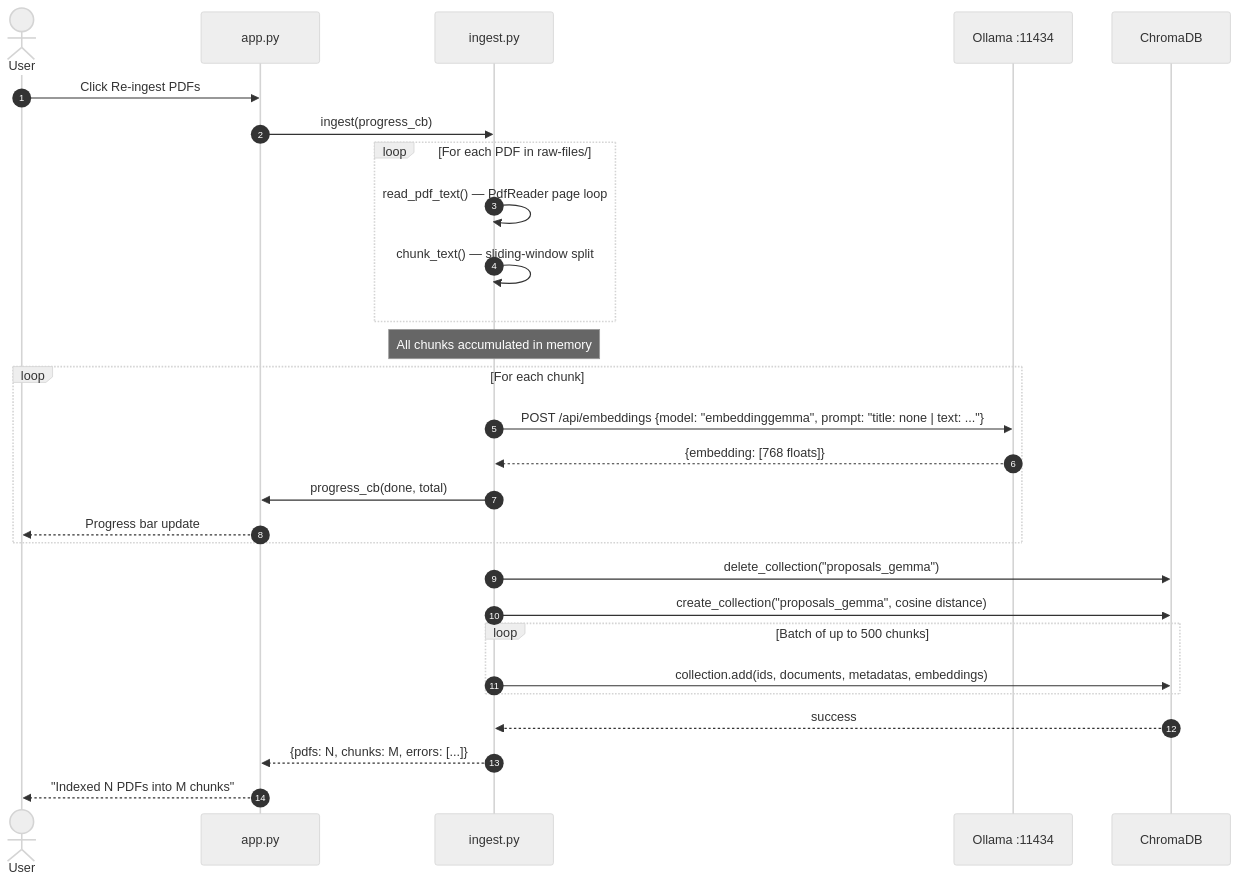
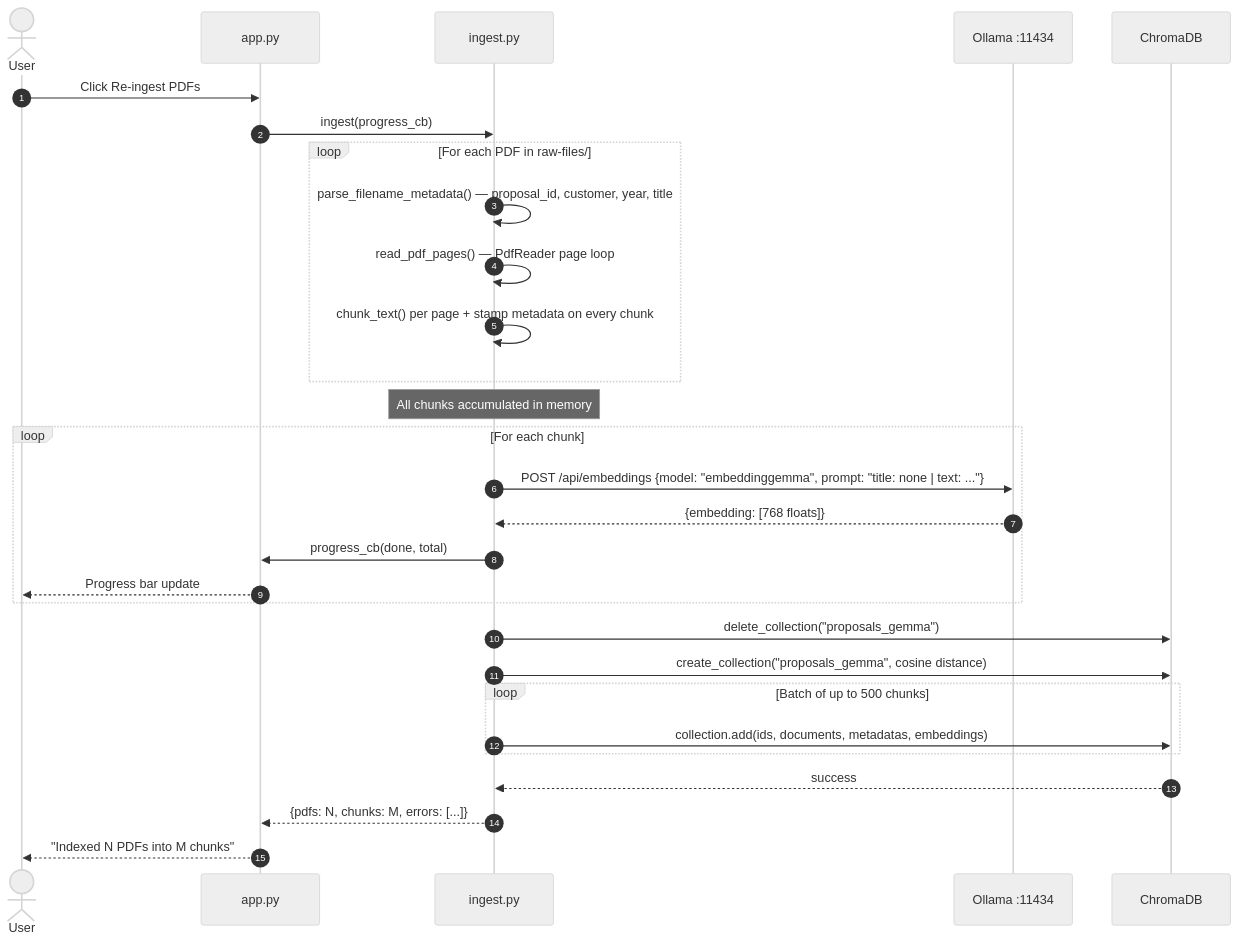
One commit to AWDubs/Local-RAG changed the third of 3 diagrams in docs/implementation/ingestion.md. Above: the diagram before and after it, drawn with Mermaid (neutral theme). The commit also changed other lines of this file and 19 other files, not shown here.

````diff
--- a/docs/implementation/ingestion.md
+++ b/docs/implementation/ingestion.md
@@ -97,40 +120,41 @@
 ```mermaid
 sequenceDiagram
     accTitle: Ingestion pipeline call sequence
     accDescr: Shows progress callbacks to the UI, one Ollama embedding call per chunk, and the final ChromaDB batch write.
     autonumber
 
     actor U as User
     participant UI as app.py
     participant I as ingest.py
     participant O as Ollama :11434
     participant C as ChromaDB
 
     U->>UI: Click Re-ingest PDFs
     UI->>I: ingest(progress_cb)
 
     loop For each PDF in raw-files/
-        I->>I: read_pdf_text() — PdfReader page loop
-        I->>I: chunk_text() — sliding-window split
+        I->>I: parse_filename_metadata() — proposal_id, customer, year, title
+        I->>I: read_pdf_pages() — PdfReader page loop
+        I->>I: chunk_text() per page + stamp metadata on every chunk
     end
 
     Note over I: All chunks accumulated in memory
 
     loop For each chunk
         I->>O: POST /api/embeddings {model: "embeddinggemma", prompt: "title: none | text: ..."}
         O-->>I: {embedding: [768 floats]}
         I->>UI: progress_cb(done, total)
         UI-->>U: Progress bar update
     end
 
     I->>C: delete_collection("proposals_gemma")
     I->>C: create_collection("proposals_gemma", cosine distance)
 
     loop Batch of up to 500 chunks
         I->>C: collection.add(ids, documents, metadatas, embeddings)
     end
 
     C-->>I: success
     I-->>UI: {pdfs: N, chunks: M, errors: [...]}
     UI-->>U: "Indexed N PDFs into M chunks"
 ```
````
